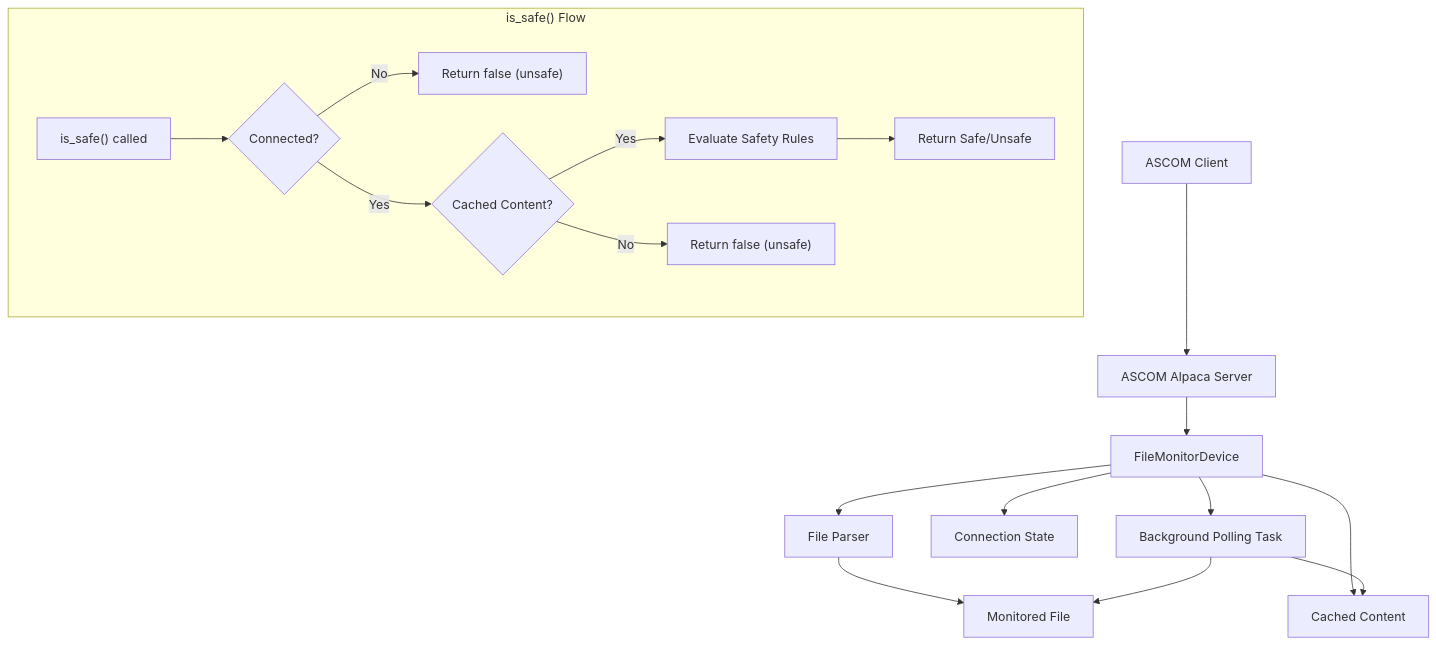
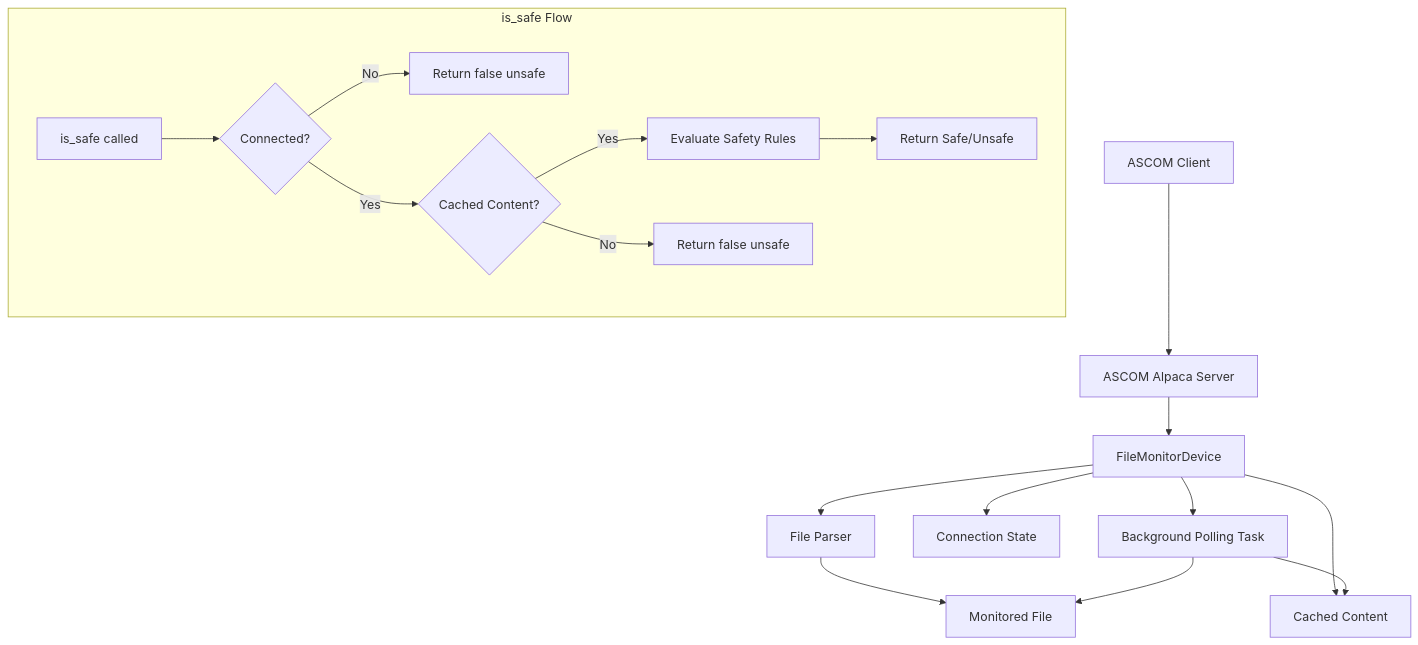
One commit to ivonnyssen/rusty-photon changed the diagram in docs/services/filemonitor.md. Above: the diagram before and after it, drawn with Mermaid.

Commit message:
Remove special characters from Mermaid diagram labels
- Remove parentheses from node labels to fix GitHub parsing error
- Simplify text while maintaining diagram clarity

````diff
--- a/docs/services/filemonitor.md
+++ b/docs/services/filemonitor.md
@@ -98,22 +98,22 @@
 ```mermaid
 graph TD
     A[ASCOM Client] --> B[ASCOM Alpaca Server]
     B --> C[FileMonitorDevice]
     C --> D[File Parser]
     D --> E[Monitored File]
     
     C --> F[Connection State]
     C --> G[Cached Content]
     C --> H[Background Polling Task]
     H --> E
     H --> G
     
-    subgraph Flow ["is_safe() Flow"]
-        I["is_safe() called"] --> J{Connected?}
-        J -->|No| K["Return false (unsafe)"]
+    subgraph Flow ["is_safe Flow"]
+        I[is_safe called] --> J{Connected?}
+        J -->|No| K[Return false unsafe]
         J -->|Yes| L{Cached Content?}
-        L -->|Yes| M["Evaluate Safety Rules"]
-        L -->|No| N["Return false (unsafe)"]
-        M --> O["Return Safe/Unsafe"]
+        L -->|Yes| M[Evaluate Safety Rules]
+        L -->|No| N[Return false unsafe]
+        M --> O[Return Safe/Unsafe]
     end
 ```
````
